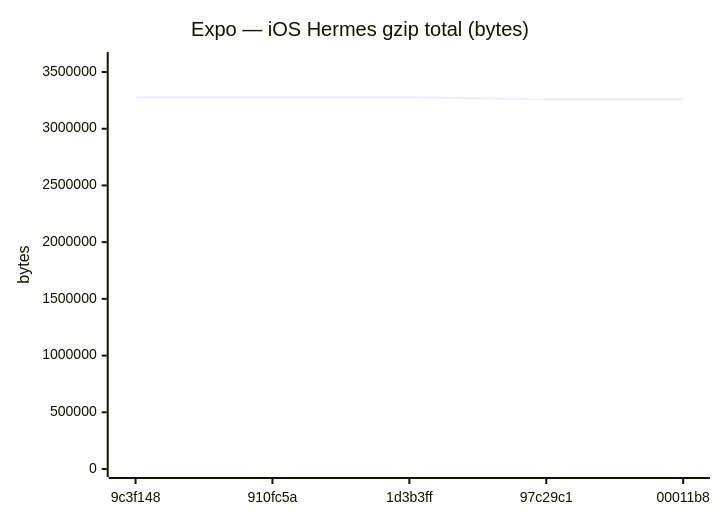
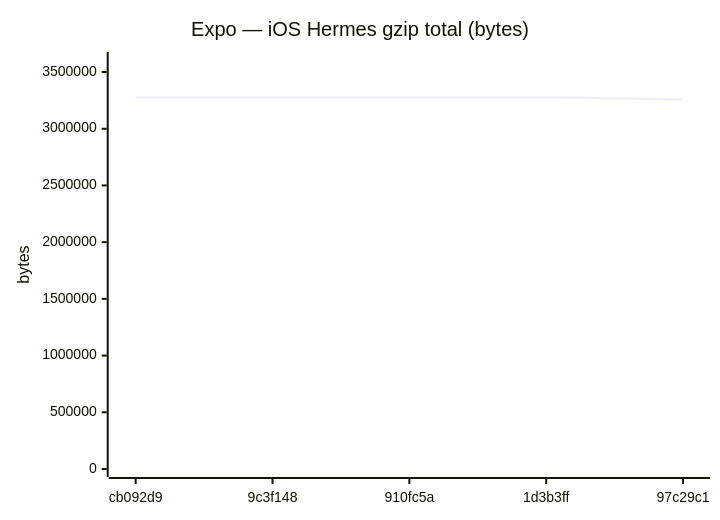
One commit to Metaheurist/Rianell changed diagram 12 of 18 in benchmarks/compare.md. Above: the diagram before and after it, drawn with Mermaid. The commit also changed other lines of this file and 11 other files, not shown here.

````diff
--- a/benchmarks/compare.md
+++ b/benchmarks/compare.md
@@ -179,7 +179,7 @@
 ```mermaid
 xychart-beta
     title "Expo — iOS Hermes gzip total (bytes)"
-    x-axis ["9c3f148", "910fc5a", "1d3b3ff", "97c29c1", "00011b8"]
+    x-axis ["cb092d9", "9c3f148", "910fc5a", "1d3b3ff", "97c29c1"]
     y-axis "bytes" 0 --> 3606019
-    line [3278199, 3277688, 3278198, 3258272, 3258276]
+    line [3278198, 3278199, 3277688, 3278198, 3258272]
 ```
````
